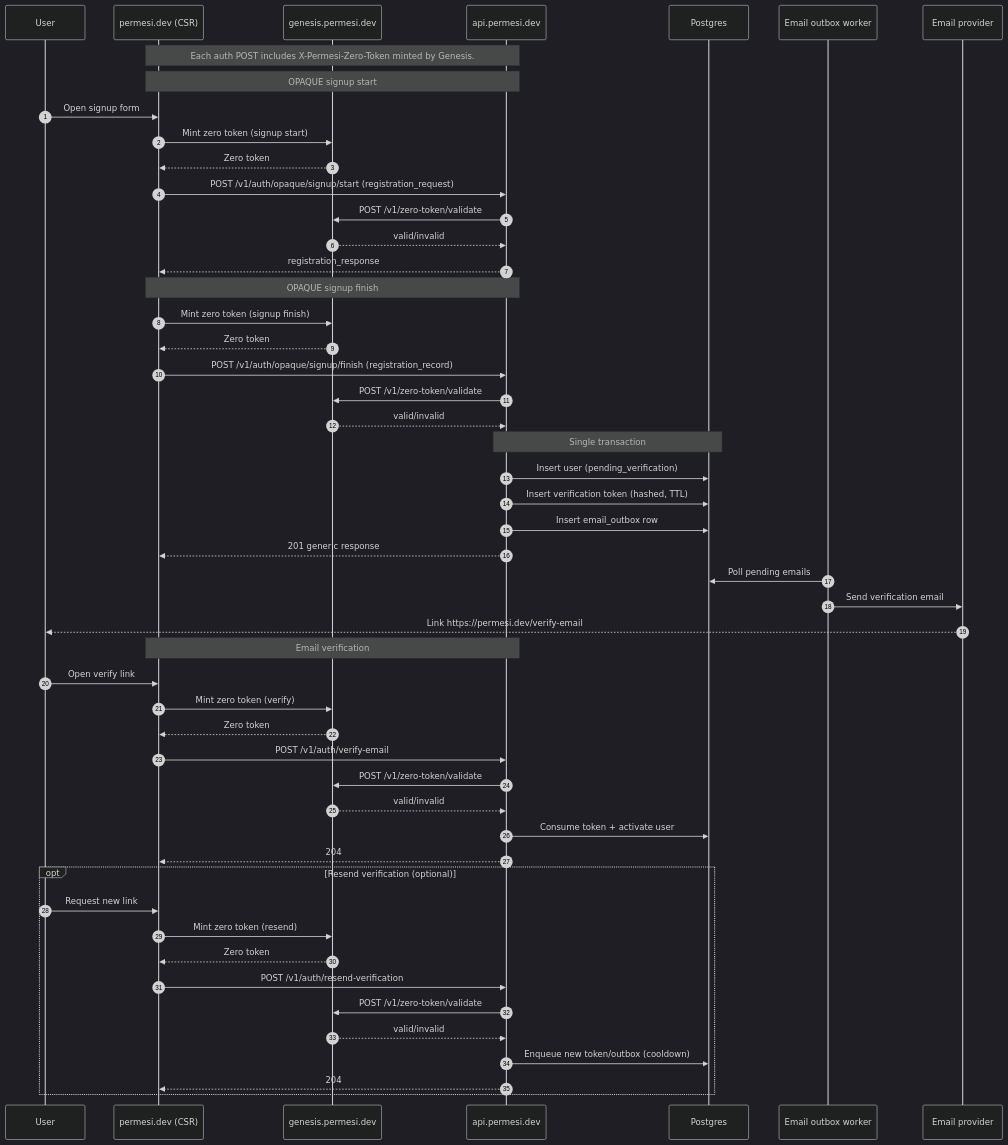
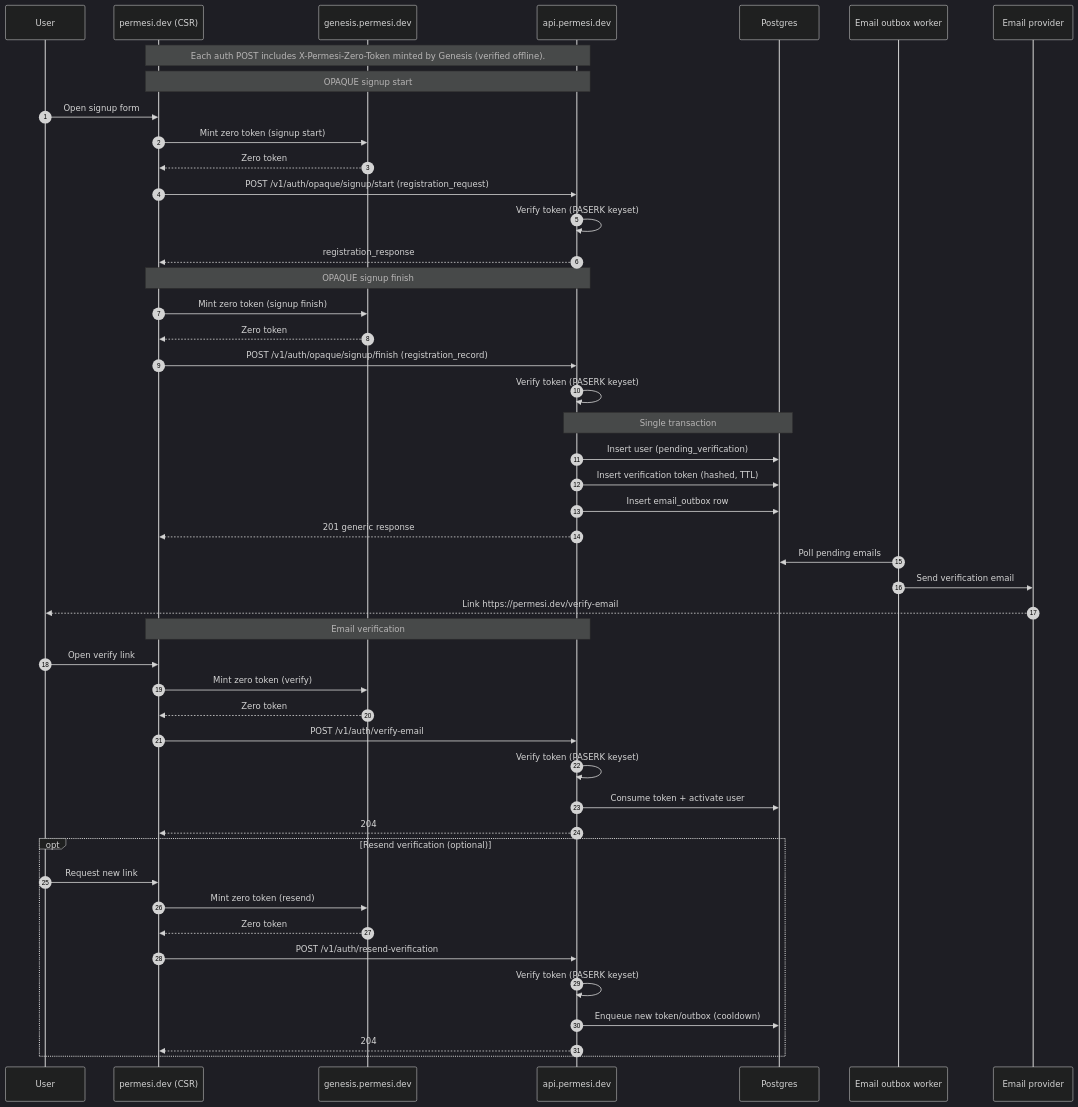
The diagram in apps/web/README.md (permesi/permesi), drawn with Mermaid (dark theme) before and after one commit. The commit also changed other lines of this file and 92 other files, not shown here.

````diff
--- a/apps/web/README.md
+++ b/apps/web/README.md
@@ -44,59 +44,55 @@
 ```mermaid
 sequenceDiagram
   autonumber
   participant User
   participant Web as permesi.dev (CSR)
   participant Genesis as genesis.permesi.dev
   participant API as api.permesi.dev
   participant DB as Postgres
   participant Outbox as Email outbox worker
   participant Mail as Email provider
 
-  Note over Web,API: Each auth POST includes X-Permesi-Zero-Token minted by Genesis.
+  Note over Web,API: Each auth POST includes X-Permesi-Zero-Token minted by Genesis (verified offline).
 
   Note over Web,API: OPAQUE signup start
   User->>Web: Open signup form
   Web->>Genesis: Mint zero token (signup start)
   Genesis-->>Web: Zero token
   Web->>API: POST /v1/auth/opaque/signup/start (registration_request)
-  API->>Genesis: POST /v1/zero-token/validate
-  Genesis-->>API: valid/invalid
+  API->>API: Verify token (PASERK keyset)
   API-->>Web: registration_response
 
   Note over Web,API: OPAQUE signup finish
   Web->>Genesis: Mint zero token (signup finish)
   Genesis-->>Web: Zero token
   Web->>API: POST /v1/auth/opaque/signup/finish (registration_record)
-  API->>Genesis: POST /v1/zero-token/validate
-  Genesis-->>API: valid/invalid
+  API->>API: Verify token (PASERK keyset)
   Note over API,DB: Single transaction
   API->>DB: Insert user (pending_verification)
   API->>DB: Insert verification token (hashed, TTL)
   API->>DB: Insert email_outbox row
   API-->>Web: 201 generic response
 
   Outbox->>DB: Poll pending emails
   Outbox->>Mail: Send verification email
   Mail-->>User: Link https://permesi.dev/verify-email#token=...
 
   Note over Web,API: Email verification
   User->>Web: Open verify link
   Web->>Genesis: Mint zero token (verify)
   Genesis-->>Web: Zero token
   Web->>API: POST /v1/auth/verify-email
-  API->>Genesis: POST /v1/zero-token/validate
-  Genesis-->>API: valid/invalid
+  API->>API: Verify token (PASERK keyset)
   API->>DB: Consume token + activate user
   API-->>Web: 204
 
   opt Resend verification (optional)
     User->>Web: Request new link
     Web->>Genesis: Mint zero token (resend)
     Genesis-->>Web: Zero token
     Web->>API: POST /v1/auth/resend-verification
-    API->>Genesis: POST /v1/zero-token/validate
-    Genesis-->>API: valid/invalid
+    API->>API: Verify token (PASERK keyset)
     API->>DB: Enqueue new token/outbox (cooldown)
     API-->>Web: 204
   end
 ```
````
